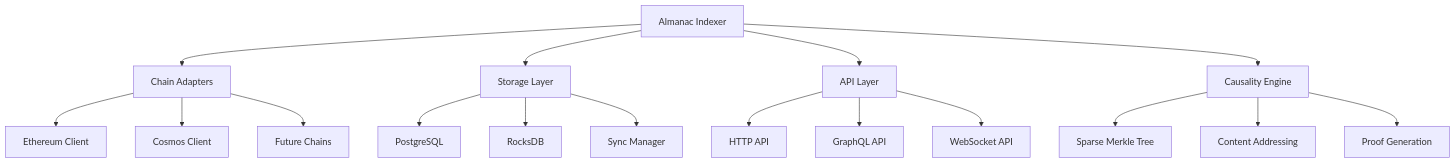
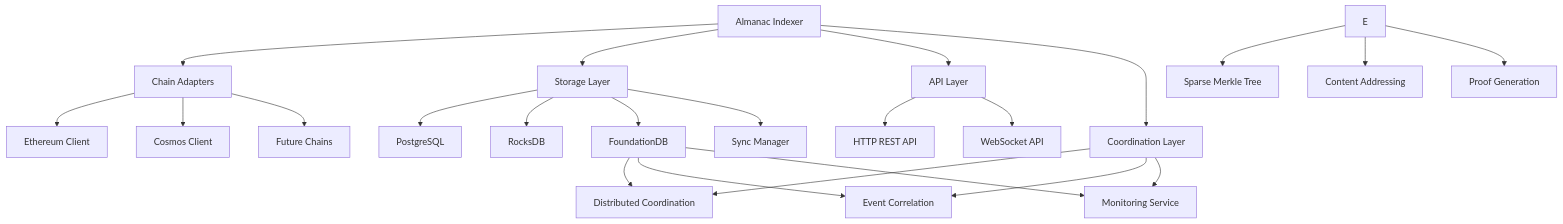
Before and after one commit to timewave-computer/almanac: the first of 6 diagrams in docs/001_architecture.md, drawn with Mermaid. The commit also changed other lines of this file and 278 other files, not shown here.

````diff
--- a/docs/001_architecture.md
+++ b/docs/001_architecture.md
@@ -27,23 +28,33 @@
 ```mermaid
 graph TD
     A[Almanac Indexer] --> B[Chain Adapters]
     A --> C[Storage Layer]
     A --> D[API Layer]
-    A --> E[Causality Engine]
     
-    B --> F[Ethereum Client]
-    B --> G[Cosmos Client]
-    B --> H[Future Chains]
+    A --> F[Coordination Layer]
     
-    C --> I[PostgreSQL]
-    C --> J[RocksDB]
-    C --> K[Sync Manager]
+    B --> G[Ethereum Client]
+    B --> H[Cosmos Client]
+    B --> I[Future Chains]
     
-    D --> L[HTTP API]
-    D --> M[GraphQL API]
-    D --> N[WebSocket API]
+    C --> J[PostgreSQL]
+    C --> K[RocksDB]
+    C --> L[FoundationDB]
+    C --> M[Sync Manager]
     
-    E --> O[Sparse Merkle Tree]
-    E --> P[Content Addressing]
-    E --> Q[Proof Generation]
+    D --> N[HTTP REST API]
+
+    D --> P[WebSocket API]
+    
+    E --> Q[Sparse Merkle Tree]
+    E --> R[Content Addressing]
+    E --> S[Proof Generation]
+    
+    F --> T[Distributed Coordination]
+    F --> U[Event Correlation]
+    F --> V[Monitoring Service]
+    
+    L --> T
+    L --> U
+    L --> V
 ```
````
